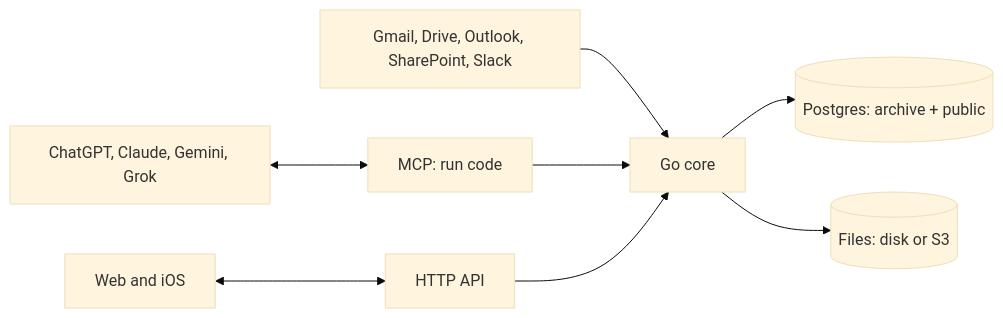
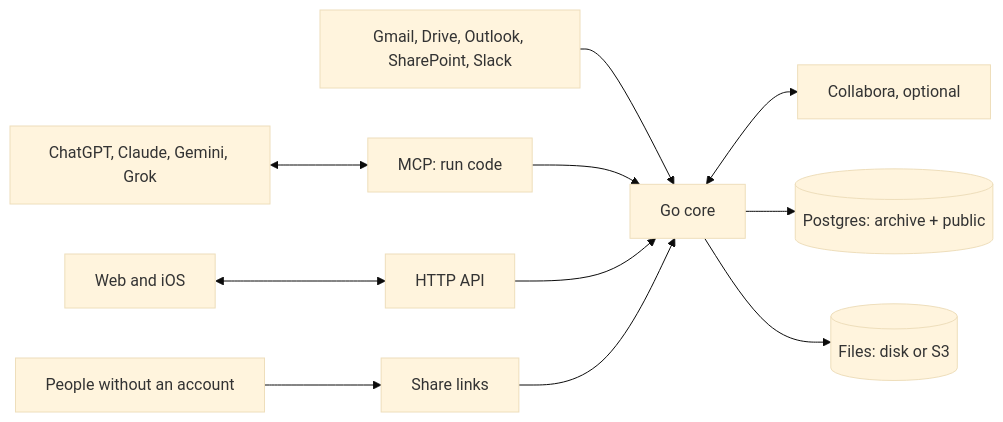
One commit to Mulholland-Inc/archive changed the diagram in docs/adr/0001-architecture.md. Above: the diagram before and after it, drawn with Mermaid (base theme). The commit also changed other lines of this file, not shown here.

Commit message:
ADR: file versions, document editing with Collabora, and share links (#34)

````diff
--- a/docs/adr/0001-architecture.md
+++ b/docs/adr/0001-architecture.md
@@ -11,8 +11,10 @@
 ```mermaid
 flowchart LR
   Connectors[Gmail, Drive, Outlook, SharePoint, Slack] --> Core[Go core]
   Apps[ChatGPT, Claude, Gemini, Grok] <--> MCP[MCP: run code] --> Core
   Clients[Web and iOS] <--> API[HTTP API] --> Core
+  Guests[People without an account] --> Shares[Share links] --> Core
+  Core <--> Office[Collabora, optional]
   Core --> PG[(Postgres: archive + public)]
   Core --> Files[(Files: disk or S3)]
 ```
````
